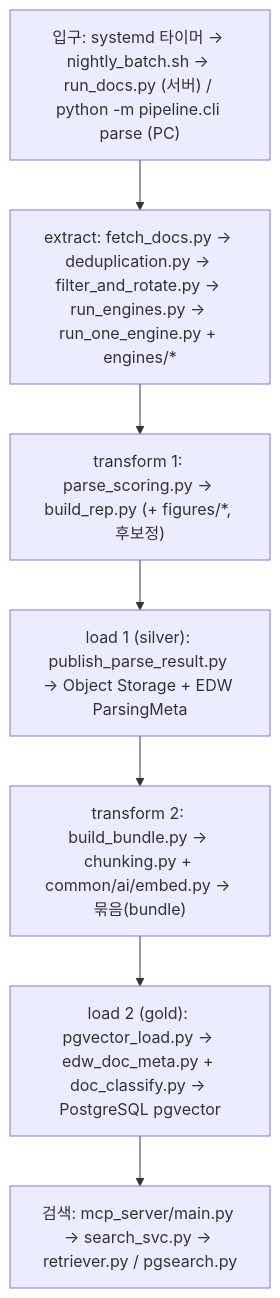
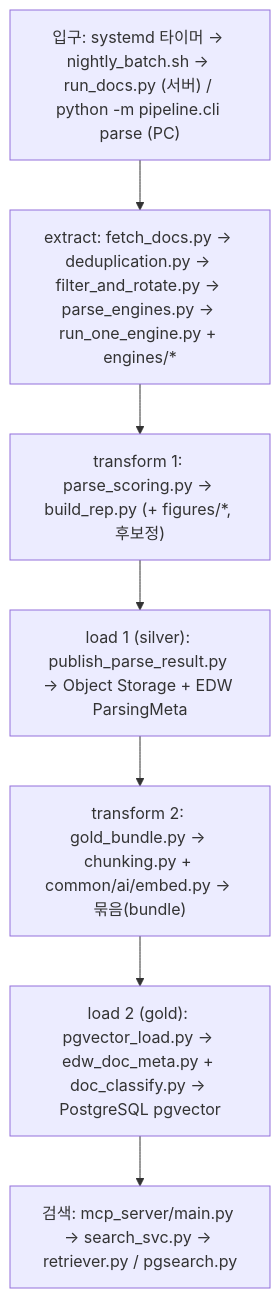
One commit to gigasamba/sbl_data_parsing changed the first of 11 diagrams in docs/architecture/parse_flow.md. Above: the diagram before and after it, drawn with Mermaid. The commit also changed other lines of this file and 87 other files, not shown here.

````diff
--- a/docs/architecture/parse_flow.md
+++ b/docs/architecture/parse_flow.md
@@ -26,11 +26,11 @@
 ```mermaid
 flowchart TD
     A["입구: systemd 타이머 → nightly_batch.sh → run_docs.py (서버) / python -m pipeline.cli parse (PC)"]
-    B["extract: fetch_docs.py → deduplication.py → filter_and_rotate.py → run_engines.py → run_one_engine.py + engines/*"]
+    B["extract: fetch_docs.py → deduplication.py → filter_and_rotate.py → parse_engines.py → run_one_engine.py + engines/*"]
     C["transform 1: parse_scoring.py → build_rep.py (+ figures/*, 후보정)"]
     P["load 1 (silver): publish_parse_result.py → Object Storage + EDW ParsingMeta"]
-    D["transform 2: build_bundle.py → chunking.py + common/ai/embed.py → 묶음(bundle)"]
+    D["transform 2: gold_bundle.py → chunking.py + common/ai/embed.py → 묶음(bundle)"]
     E["load 2 (gold): pgvector_load.py → edw_doc_meta.py + doc_classify.py → PostgreSQL pgvector"]
     F["검색: mcp_server/main.py → search_svc.py → retriever.py / pgsearch.py"]
     A --> B --> C --> P --> D --> E --> F
 ```
````
